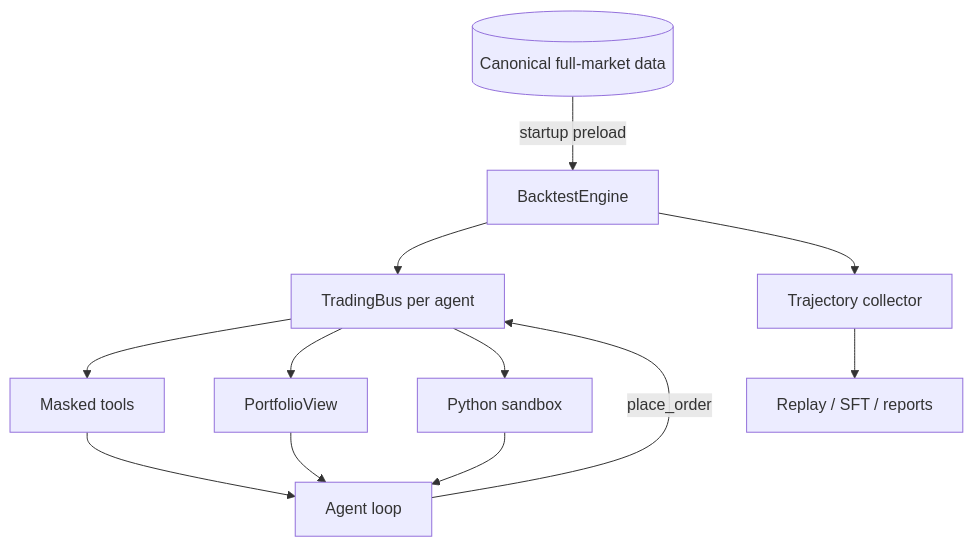
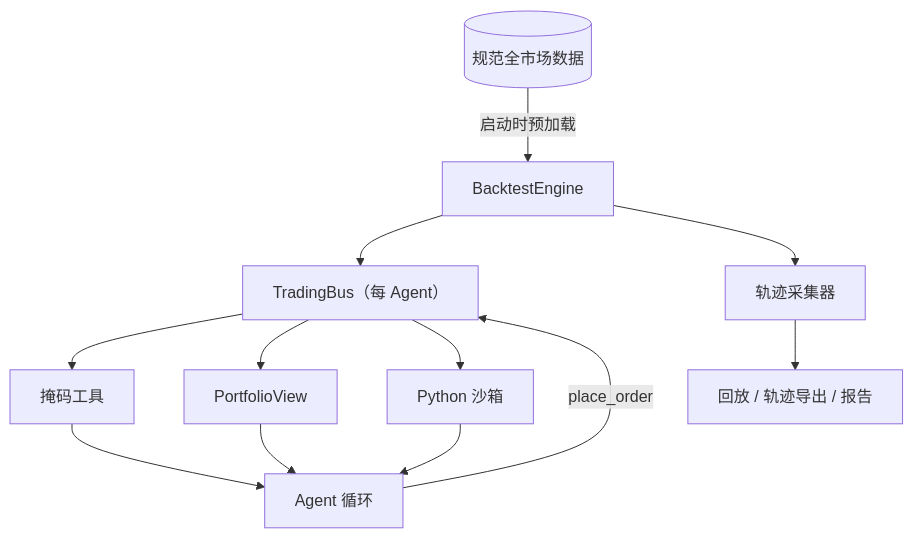
One commit to HephaestLab/TraderHarness changed the diagram in docs/architecture.md. Above: the diagram before and after it, drawn with Mermaid. The commit also changed other lines of this file and 16 other files, not shown here.

````diff
--- a/docs/architecture.md
+++ b/docs/architecture.md
@@ -3,14 +5,14 @@
 ```mermaid
 flowchart TD
-    D[(Canonical full-market data)] -->|startup preload| E[BacktestEngine]
-    E --> B[TradingBus per agent]
-    B --> T[Masked tools]
+    D[(规范全市场数据)] -->|启动时预加载| E[BacktestEngine]
+    E --> B[TradingBus（每 Agent）]
+    B --> T[掩码工具]
     B --> V[PortfolioView]
-    B --> X[Python sandbox]
-    T --> A[Agent loop]
+    B --> X[Python 沙箱]
+    T --> A[Agent 循环]
     V --> A
     X --> A
     A -->|place_order| B
-    E --> C[Trajectory collector]
-    C --> R[Replay / SFT / reports]
+    E --> C[轨迹采集器]
+    C --> R[回放 / 轨迹导出 / 报告]
 ```
````
